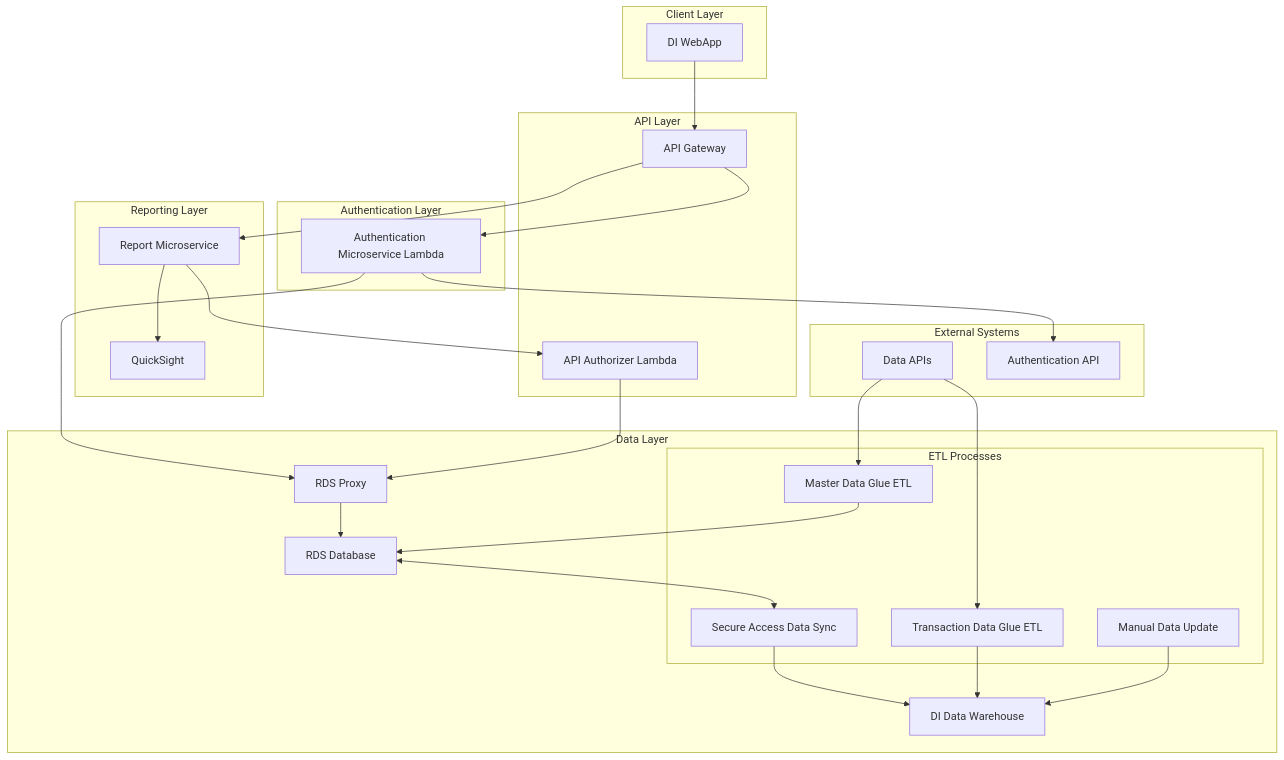
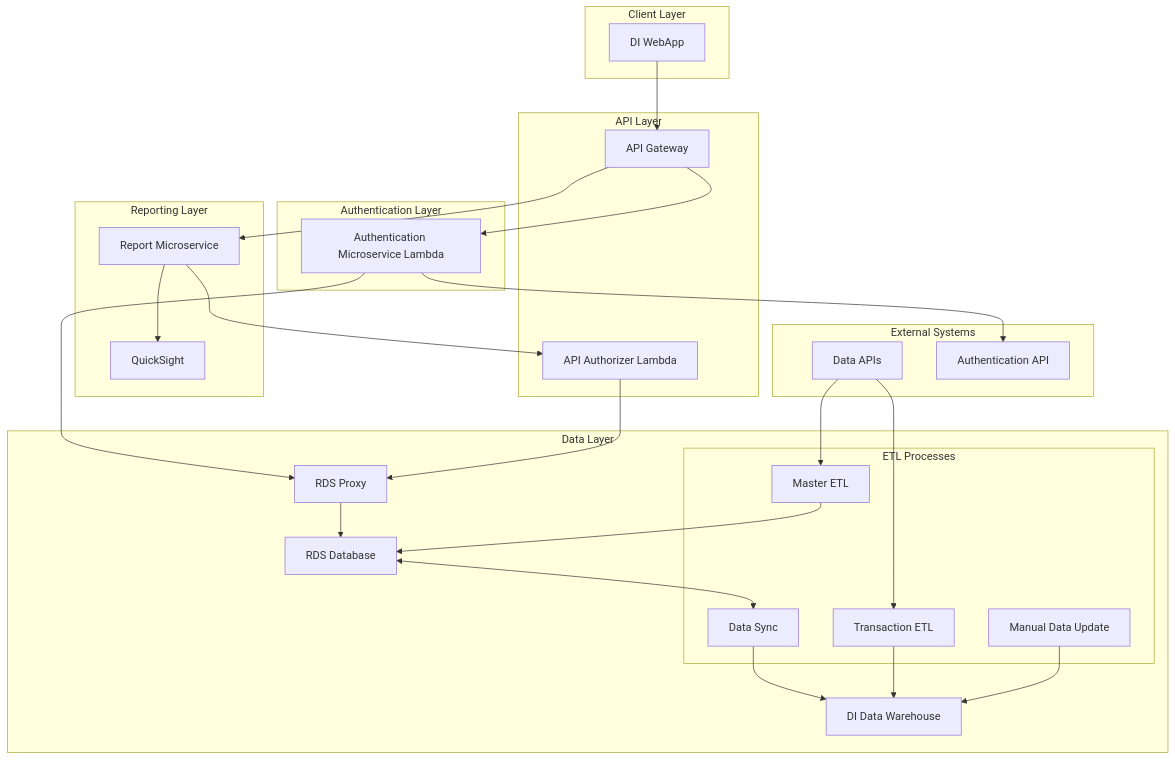
Before and after one commit to hugger-beep/private1: the first of 3 diagrams in Detailed.md, drawn with Mermaid.

````diff
--- a/Detailed.md
+++ b/Detailed.md
@@ -3,60 +3,60 @@
 ```mermaid
 graph TD
     subgraph "Client Layer"
         DIWebApp[DI WebApp]
     end
     
     subgraph "API Layer"
         APIGateway[API Gateway]
         APIAuth[API Authorizer Lambda]
     end
     
     subgraph "Authentication Layer"
         AuthMicro[Authentication Microservice Lambda]
     end
     
     subgraph "Reporting Layer"
         ReportMicro[Report Microservice]
         QS[QuickSight]
     end
     
     subgraph "Data Layer"
         RDSProxy[RDS Proxy]
         RDS[RDS Database]
         DW[DI Data Warehouse]
         
         subgraph "ETL Processes"
-            TransETL[Transaction Data Glue ETL]
-            MasterETL[Master Data Glue ETL]
-            SecureSync[Secure Access Data Sync]
+            TransETL[Transaction ETL]
+            MasterETL[Master ETL]
+            SecureSync[Data Sync]
             ManualUpdate[Manual Data Update]
         end
     end
     
     subgraph "External Systems"
         XACTDataAPI[Data APIs]
         XACIAuth[Authentication API]
     end
     
     DIWebApp --> APIGateway
     
     APIGateway --> AuthMicro
     APIGateway --> ReportMicro
     
     AuthMicro --> XACIAuth
     AuthMicro --> RDSProxy
     APIAuth --> RDSProxy
     
     ReportMicro --> QS
     ReportMicro --> APIAuth
     
     RDSProxy --> RDS
     RDS <--> SecureSync
     SecureSync --> DW
     TransETL --> DW
     MasterETL --> RDS
     ManualUpdate --> DW
     
     XACTDataAPI --> TransETL
     XACTDataAPI --> MasterETL
 ```
````
